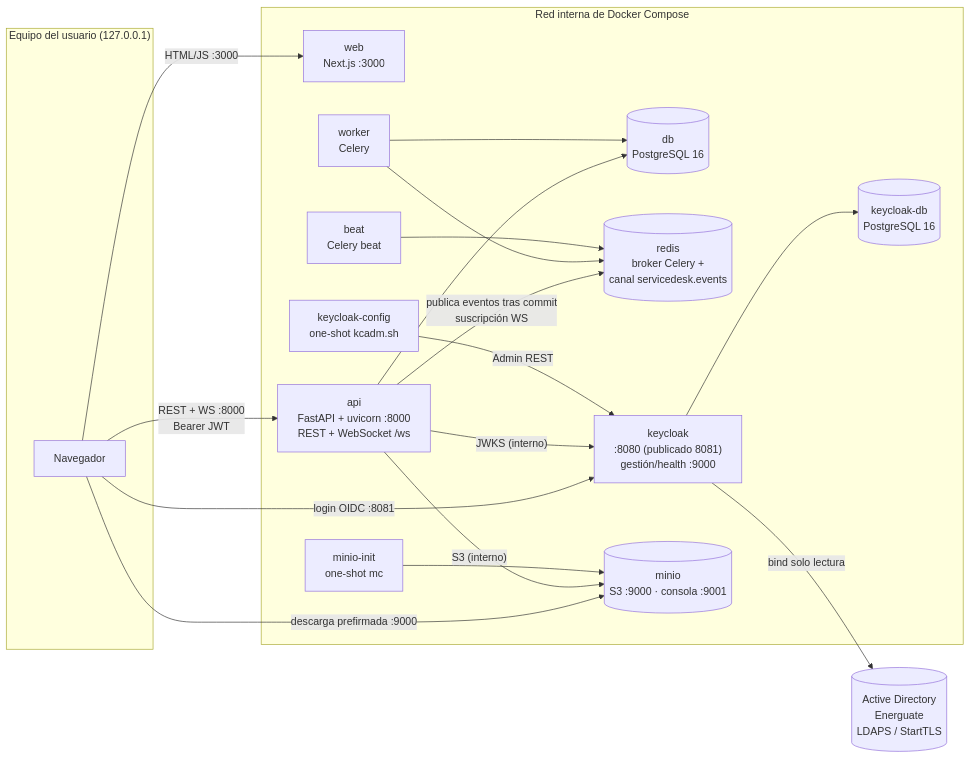
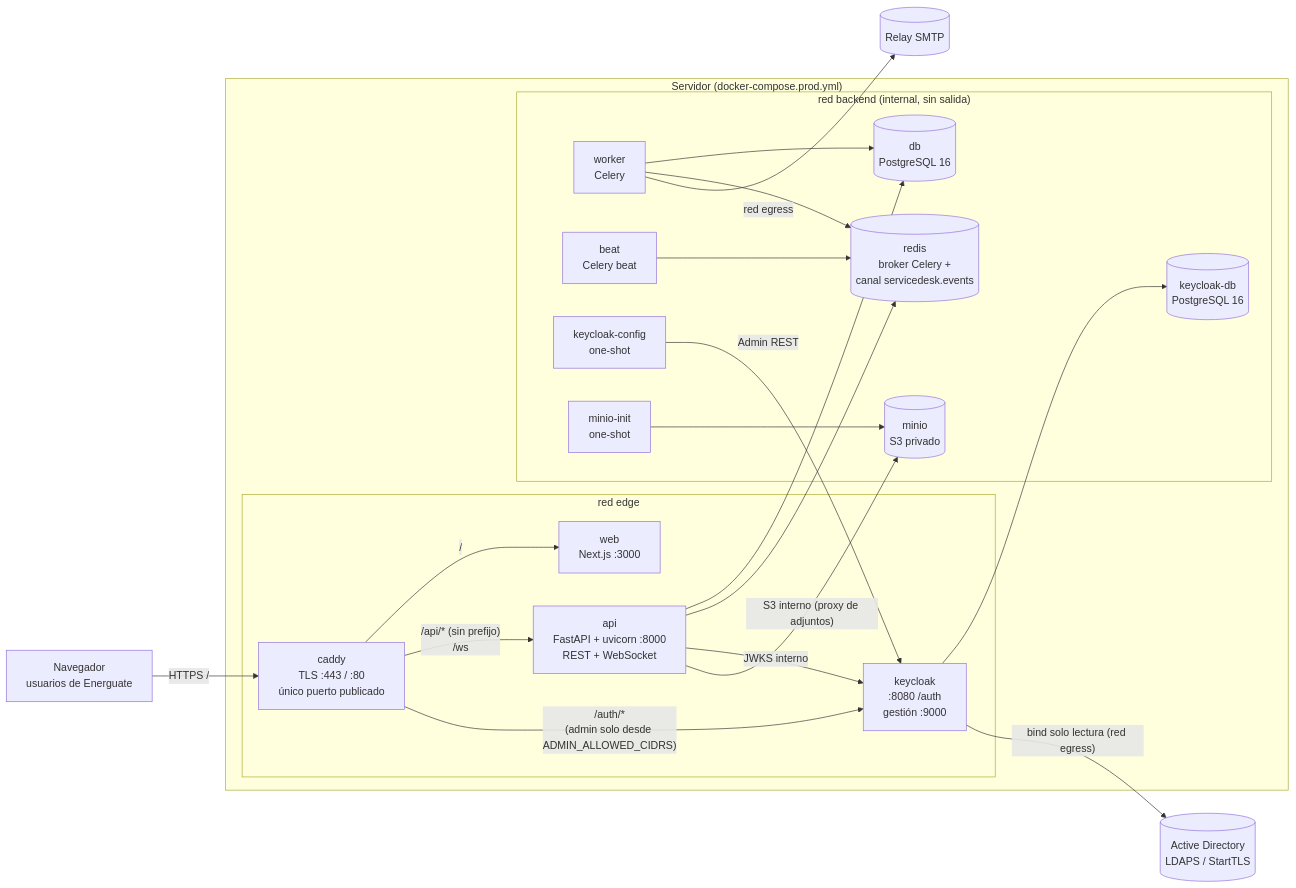
Before and after one commit to warosc/enerticket: the first of 4 diagrams in docs/ARCHITECTURE.md, drawn with Mermaid. The commit also changed other lines of this file and 204 other files, not shown here.

````diff
--- a/docs/ARCHITECTURE.md
+++ b/docs/ARCHITECTURE.md
@@ -5,38 +5,43 @@
 ```mermaid
 flowchart LR
-    subgraph Equipo["Equipo del usuario (127.0.0.1)"]
-        B[Navegador]
+    B[Navegador<br/>usuarios de Energuate]
+
+    subgraph Host["Servidor (docker-compose.prod.yml)"]
+        subgraph EDGE["red edge"]
+            CADDY["caddy<br/>TLS :443 / :80<br/>único puerto publicado"]
+            WEB["web<br/>Next.js :3000"]
+            API["api<br/>FastAPI + uvicorn :8000<br/>REST + WebSocket"]
+            KC["keycloak<br/>:8080 /auth<br/>gestión :9000"]
+        end
+        subgraph BACK["red backend (internal, sin salida)"]
+            DB[("db<br/>PostgreSQL 16")]
+            R[("redis<br/>broker Celery +<br/>canal servicedesk.events")]
+            KCDB[("keycloak-db<br/>PostgreSQL 16")]
+            MIO[("minio<br/>S3 privado")]
+            WK["worker<br/>Celery"]
+            BT["beat<br/>Celery beat"]
+            KCC["keycloak-config<br/>one-shot"]
+            MIOI["minio-init<br/>one-shot"]
+        end
     end
 
-    subgraph Compose["Red interna de Docker Compose"]
-        WEB["web<br/>Next.js :3000"]
-        API["api<br/>FastAPI + uvicorn :8000<br/>REST + WebSocket /ws"]
-        WK["worker<br/>Celery"]
-        BT["beat<br/>Celery beat"]
-        DB[("db<br/>PostgreSQL 16")]
-        R[("redis<br/>broker Celery +<br/>canal servicedesk.events")]
-        KC["keycloak<br/>:8080 (publicado 8081)<br/>gestión/health :9000"]
-        KCDB[("keycloak-db<br/>PostgreSQL 16")]
-        KCC["keycloak-config<br/>one-shot kcadm.sh"]
-        MIO[("minio<br/>S3 :9000 · consola :9001")]
-        MIOI["minio-init<br/>one-shot mc"]
-    end
+    AD[("Active Directory<br/>LDAPS / StartTLS")]
+    SMTP[("Relay SMTP")]
 
-    AD[("Active Directory<br/>Energuate<br/>LDAPS / StartTLS")]
-
-    B -->|"HTML/JS :3000"| WEB
-    B -->|"REST + WS :8000<br/>Bearer JWT"| API
-    B -->|"login OIDC :8081"| KC
-    B -->|"descarga prefirmada :9000"| MIO
+    B -->|"HTTPS /"| CADDY
+    CADDY -->|"/"| WEB
+    CADDY -->|"/api/* (sin prefijo)<br/>/ws"| API
+    CADDY -->|"/auth/*<br/>(admin solo desde ADMIN_ALLOWED_CIDRS)"| KC
     API --> DB
-    API -->|"publica eventos tras commit<br/>suscripción WS"| R
-    API -->|"JWKS (interno)"| KC
-    API -->|"S3 (interno)"| MIO
+    API --> R
+    API -->|"JWKS interno"| KC
+    API -->|"S3 interno (proxy de adjuntos)"| MIO
+    WK --> DB
     WK --> R
-    WK --> DB
+    WK -->|"red egress"| SMTP
     BT --> R
     KC --> KCDB
-    KC -->|"bind solo lectura"| AD
+    KC -->|"bind solo lectura (red egress)"| AD
     KCC -->|"Admin REST"| KC
     MIOI --> MIO
 ```
````
